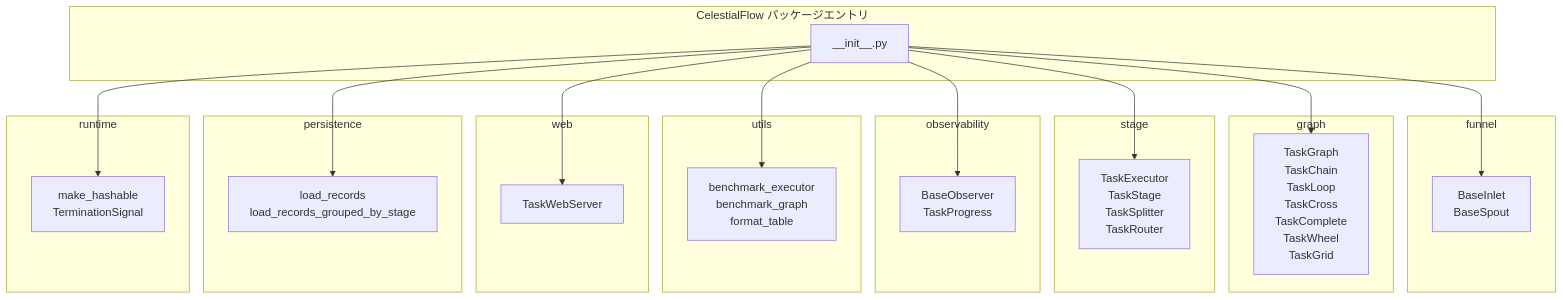
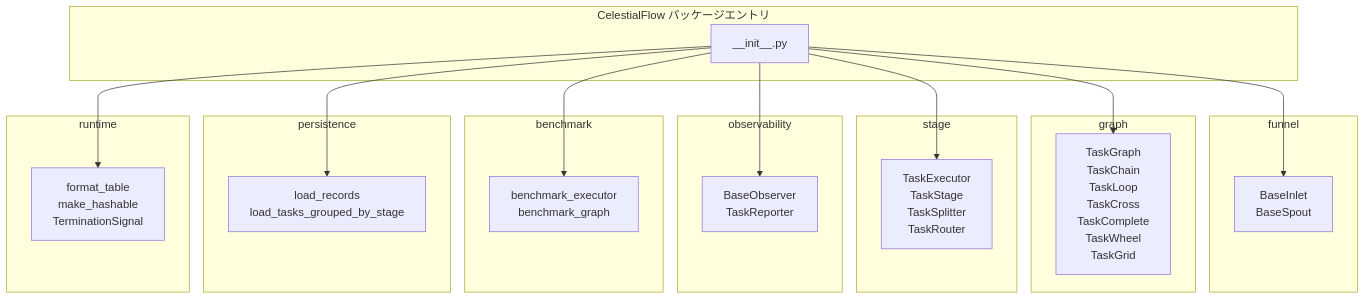
One commit to Mr-xiaotian/CelestialFlow changed the diagram in docs/ja/src/__init__.md. Above: the diagram before and after it, drawn with Mermaid. The commit also changed other lines of this file and 233 other files, not shown here.

````diff
--- a/docs/ja/src/__init__.md
+++ b/docs/ja/src/__init__.md
@@ -219,47 +206,42 @@
 ```mermaid
 graph TD
     subgraph "CelestialFlow パッケージエントリ"
         Init["__init__.py"]
     end
 
     subgraph funnel
         F["BaseInlet<br/>BaseSpout"]
     end
 
     subgraph graph
         G["TaskGraph<br/>TaskChain<br/>TaskLoop<br/>TaskCross<br/>TaskComplete<br/>TaskWheel<br/>TaskGrid"]
     end
 
     subgraph stage
         S["TaskExecutor<br/>TaskStage<br/>TaskSplitter<br/>TaskRouter"]
     end
 
     subgraph observability
-        O["BaseObserver<br/>TaskProgress"]
+        O["BaseObserver<br/>TaskReporter"]
     end
 
-    subgraph utils
-        U["benchmark_executor<br/>benchmark_graph<br/>format_table"]
-    end
-
-    subgraph web
-        W["TaskWebServer"]
+    subgraph benchmark
+        U["benchmark_executor<br/>benchmark_graph"]
     end
 
     subgraph persistence
-        P["load_records<br/>load_records_grouped_by_stage"]
+        P["load_records<br/>load_tasks_grouped_by_stage"]
     end
 
     subgraph runtime
-        R["make_hashable<br/>TerminationSignal"]
+        R["format_table<br/>make_hashable<br/>TerminationSignal"]
     end
 
     Init --> F
     Init --> G
     Init --> S
     Init --> O
     Init --> U
-    Init --> W
     Init --> P
     Init --> R
 ```
````
